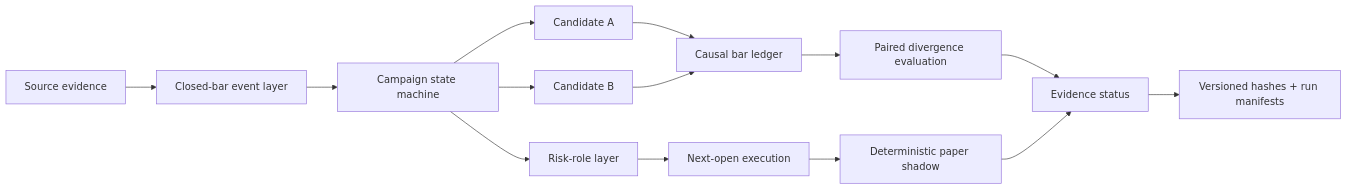
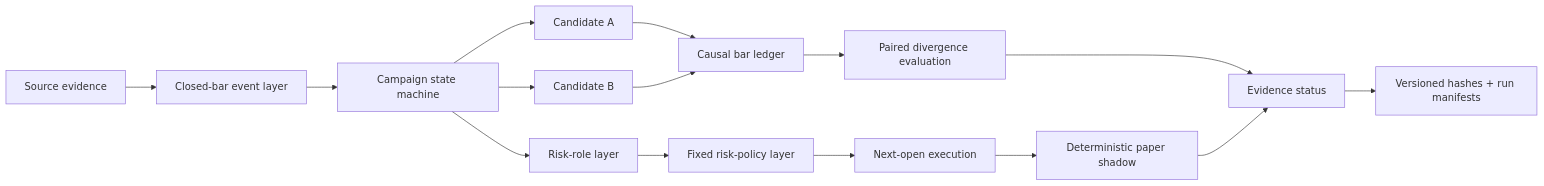
The diagram in README.md (tangyunkai-hub/rt-multitimeframe-quant-research), drawn with Mermaid before and after one commit. The commit also changed other lines of this file, not shown here.

````diff
--- a/README.md
+++ b/README.md
@@ -35,16 +35,17 @@
 ```mermaid
 flowchart LR
     A[Source evidence] --> B[Closed-bar event layer]
     B --> C[Campaign state machine]
     C --> D1[Candidate A]
     C --> D2[Candidate B]
     D1 --> E[Causal bar ledger]
     D2 --> E
     E --> F[Paired divergence evaluation]
     C --> G[Risk-role layer]
-    G --> H[Next-open execution]
-    H --> I[Deterministic paper shadow]
-    F --> J[Evidence status]
-    I --> J
-    J --> K[Versioned hashes + run manifests]
+    G --> H[Fixed risk-policy layer]
+    H --> I[Next-open execution]
+    I --> J[Deterministic paper shadow]
+    F --> K[Evidence status]
+    J --> K
+    K --> L[Versioned hashes + run manifests]
 ```
````
